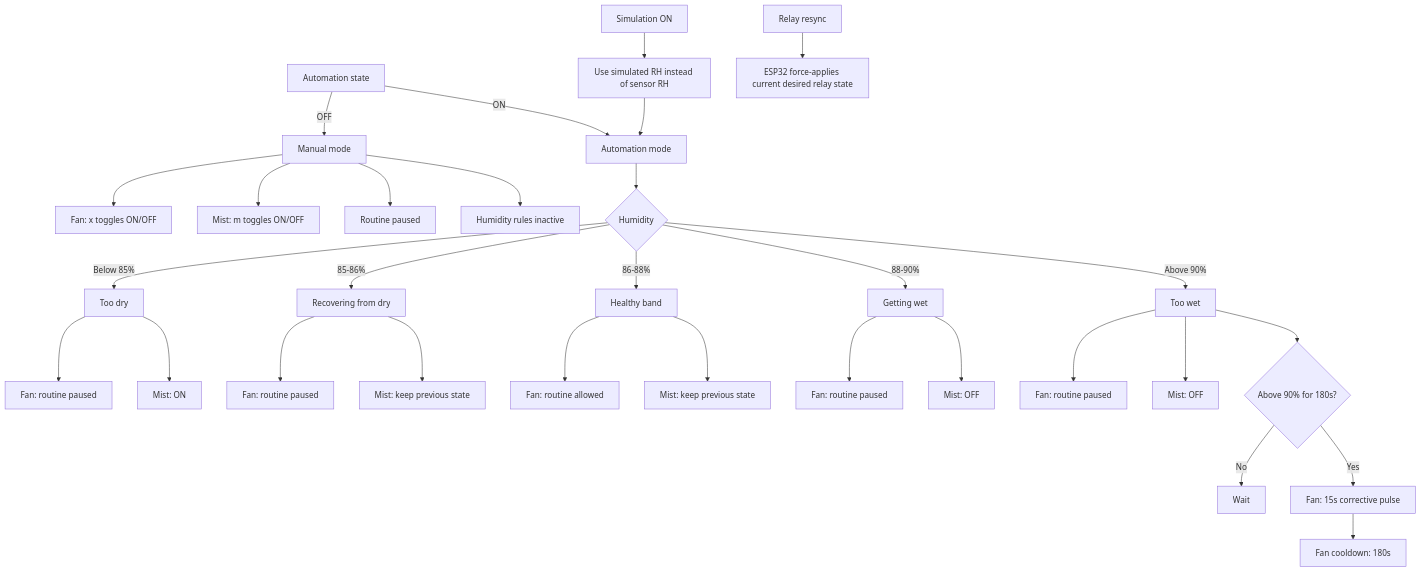
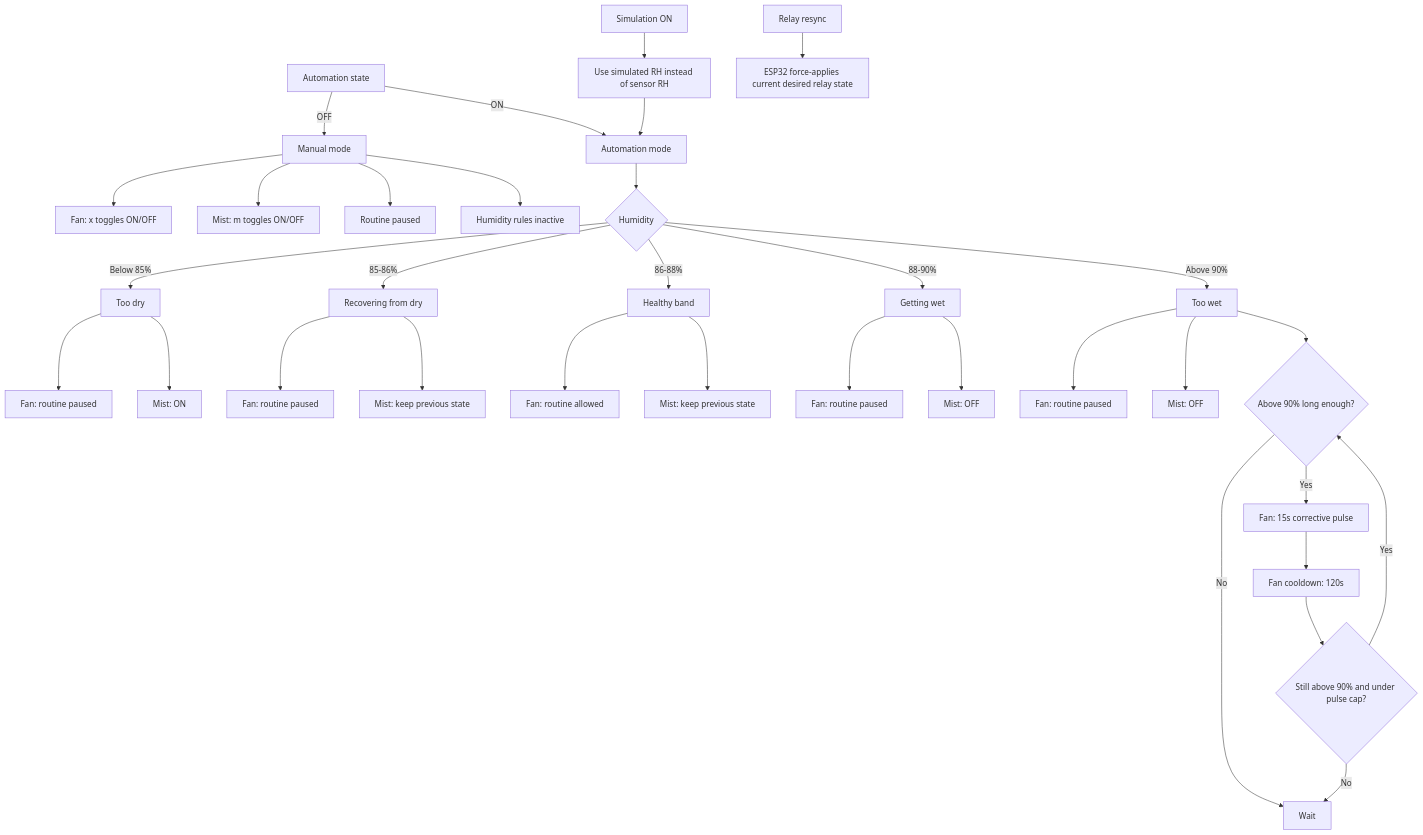
The diagram in README.md (Genoux/monotub), drawn with Mermaid before and after one commit. The commit also changed other lines of this file and 22 other files, not shown here.

````diff
--- a/README.md
+++ b/README.md
@@ -7,40 +7,43 @@
 ```mermaid
 flowchart TD
   A[Automation state] -->|OFF| B[Manual mode]
   B --> B1[Fan: x toggles ON/OFF]
   B --> B2[Mist: m toggles ON/OFF]
   B --> B3[Routine paused]
   B --> B4[Humidity rules inactive]
 
   A -->|ON| C[Automation mode]
   C --> D{Humidity}
 
   D -->|Below 85%| E[Too dry]
   E --> E1[Fan: routine paused]
   E --> E2[Mist: ON]
 
   D -->|85-86%| F[Recovering from dry]
   F --> F1[Fan: routine paused]
   F --> F2[Mist: keep previous state]
 
   D -->|86-88%| G[Healthy band]
   G --> G1[Fan: routine allowed]
   G --> G2[Mist: keep previous state]
 
   D -->|88-90%| H[Getting wet]
   H --> H1[Fan: routine paused]
   H --> H2[Mist: OFF]
 
   D -->|Above 90%| I[Too wet]
   I --> I1[Fan: routine paused]
   I --> I2[Mist: OFF]
-  I --> I3{Above 90% for 180s?}
+  I --> I3{Above 90% long enough?}
   I3 -->|No| I4[Wait]
   I3 -->|Yes| I5[Fan: 15s corrective pulse]
-  I5 --> I6[Fan cooldown: 180s]
+  I5 --> I6[Fan cooldown: 120s]
+  I6 --> I7{Still above 90% and under pulse cap?}
+  I7 -->|Yes| I3
+  I7 -->|No| I4
 
   S[Simulation ON] --> S1[Use simulated RH instead of sensor RH]
   S1 --> C
 
   R[Relay resync] --> R1[ESP32 force-applies current desired relay state]
 ```
````
